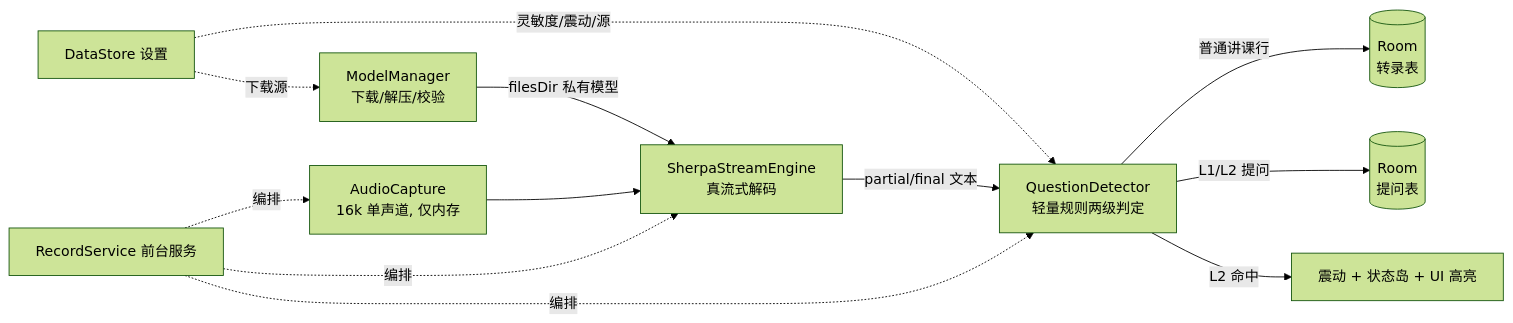
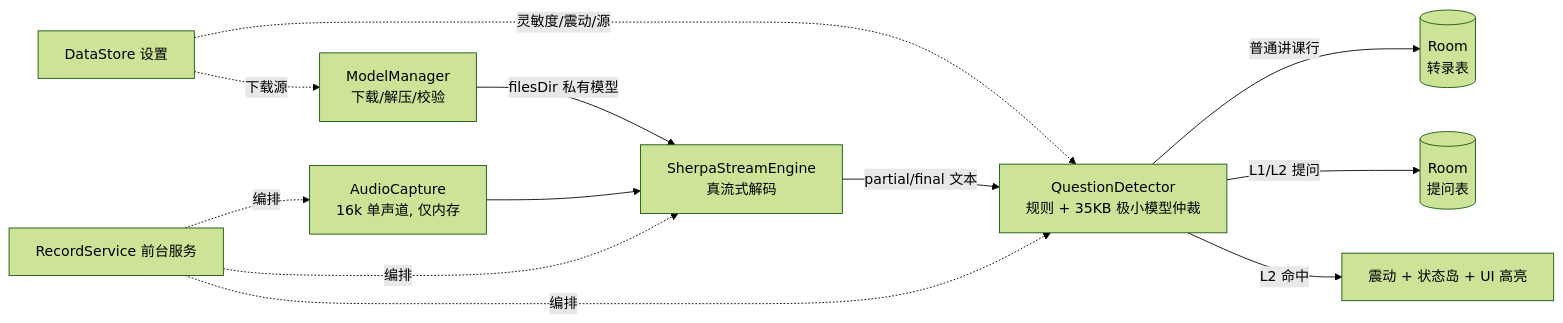
Before and after one commit to STAR-10086/ShuiKeBang: the diagram in README.md, drawn with Mermaid (forest theme). The commit also changed other lines of this file and 1 other file, not shown here.

````diff
--- a/README.md
+++ b/README.md
@@ -67,14 +67,14 @@
 ```mermaid
 flowchart LR
     MIC[AudioCapture<br/>16k 单声道, 仅内存] --> ENG[SherpaStreamEngine<br/>真流式解码]
-    ENG -->|partial/final 文本| DET[QuestionDetector<br/>轻量规则两级判定]
+    ENG -->|partial/final 文本| DET[QuestionDetector<br/>规则 + 35KB 极小模型仲裁]
     DET -->|普通讲课行| DB[(Room<br/>转录表)]
     DET -->|L1/L2 提问| DB2[(Room<br/>提问表)]
     DET -->|L2 命中| ALERT[震动 + 状态岛 + UI 高亮]
     MM[ModelManager<br/>下载/解压/校验] -->|filesDir 私有模型| ENG
     CFG[DataStore 设置] -.灵敏度/震动/源.-> DET
     CFG -.下载源.-> MM
     REC[RecordService 前台服务] -.编排.-> MIC
     REC -.编排.-> ENG
     REC -.编排.-> DET
 ```
````
